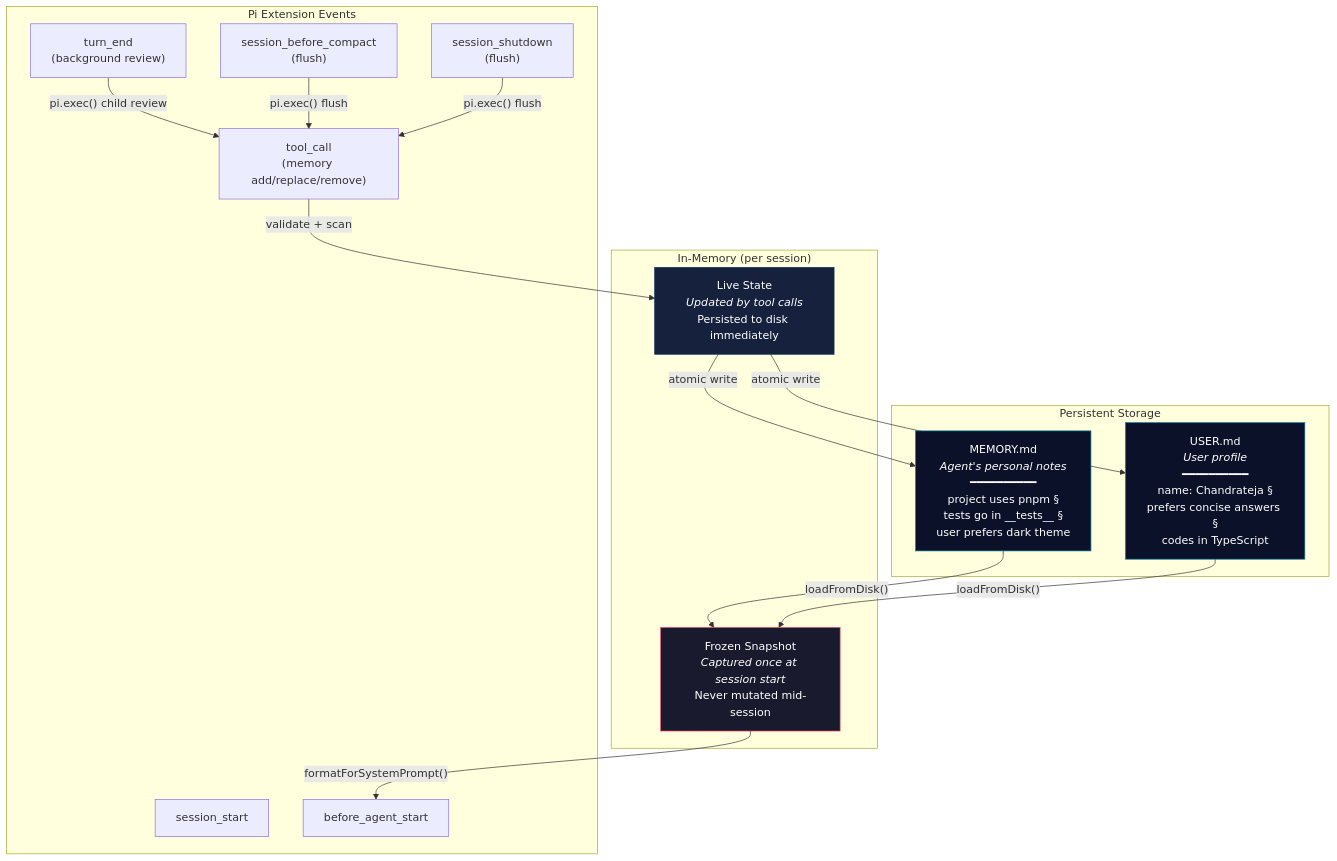
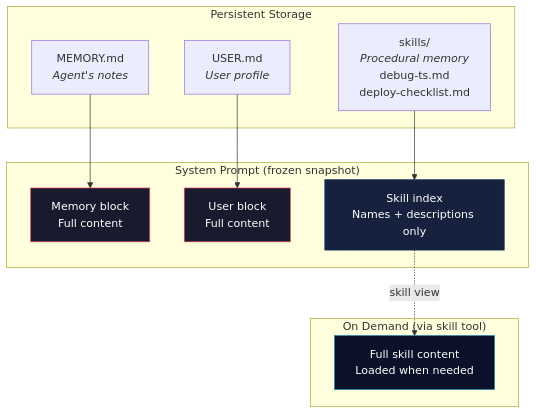
Before and after one commit to chandra447/pi-hermes-memory: the second of 4 diagrams in README.md, drawn with Mermaid. The commit also changed other lines of this file and 26 other files, not shown here.

````diff
--- a/README.md
+++ b/README.md
@@ -62,38 +79,28 @@
 ```mermaid
 graph TB
     subgraph "Persistent Storage"
-        MEM["MEMORY.md<br/><i>Agent's personal notes</i><br/>━━━━━━━━━━<br/>project uses pnpm §<br/>tests go in __tests__ §<br/>user prefers dark theme"]
-        USR["USER.md<br/><i>User profile</i><br/>━━━━━━━━━━<br/>name: Chandrateja §<br/>prefers concise answers §<br/>codes in TypeScript"]
+        MEM["MEMORY.md<br/><i>Agent's notes</i>"]
+        USR["USER.md<br/><i>User profile</i>"]
+        SKL["skills/<br/><i>Procedural memory</i><br/>debug-ts.md<br/>deploy-checklist.md"]
     end
 
-    subgraph "In-Memory (per session)"
-        SNAP["Frozen Snapshot<br/><i>Captured once at session start</i><br/>Never mutated mid-session"]
-        LIVE["Live State<br/><i>Updated by tool calls</i><br/>Persisted to disk immediately"]
+    subgraph "System Prompt (frozen snapshot)"
+        SMEM["Memory block<br/>Full content"]
+        SUSR["User block<br/>Full content"]
+        SSKL["Skill index<br/>Names + descriptions only"]
     end
 
-    subgraph "Pi Extension Events"
-        SS["session_start"]
-        BAS["before_agent_start"]
-        TC["tool_call<br/>(memory add/replace/remove)"]
-        TE["turn_end<br/>(background review)"]
-        SC["session_before_compact<br/>(flush)"]
-        SH["session_shutdown<br/>(flush)"]
+    subgraph "On Demand (via skill tool)"
+        FULL["Full skill content<br/>Loaded when needed"]
     end
 
-    MEM -->|"loadFromDisk()"| SNAP
-    USR -->|"loadFromDisk()"| SNAP
-    SNAP -->|"formatForSystemPrompt()"| BAS
+    MEM --> SMEM
+    USR --> SUSR
+    SKL --> SSKL
+    SSKL -.->|"skill view"| FULL
 
-    TC -->|"validate + scan"| LIVE
-    LIVE -->|"atomic write"| MEM
-    LIVE -->|"atomic write"| USR
-
-    TE -->|"pi.exec() child review"| TC
-    SC -->|"pi.exec() flush"| TC
-    SH -->|"pi.exec() flush"| TC
-
-    style SNAP fill:#1a1a2e,stroke:#e94560,color:#fff
-    style LIVE fill:#16213e,stroke:#0f3460,color:#fff
-    style MEM fill:#0a1128,stroke:#1282a2,color:#fff
-    style USR fill:#0a1128,stroke:#1282a2,color:#fff
+    style SMEM fill:#1a1a2e,stroke:#e94560,color:#fff
+    style SUSR fill:#1a1a2e,stroke:#e94560,color:#fff
+    style SSKL fill:#16213e,stroke:#0f3460,color:#fff
+    style FULL fill:#0a1128,stroke:#1282a2,color:#fff
 ```
````
